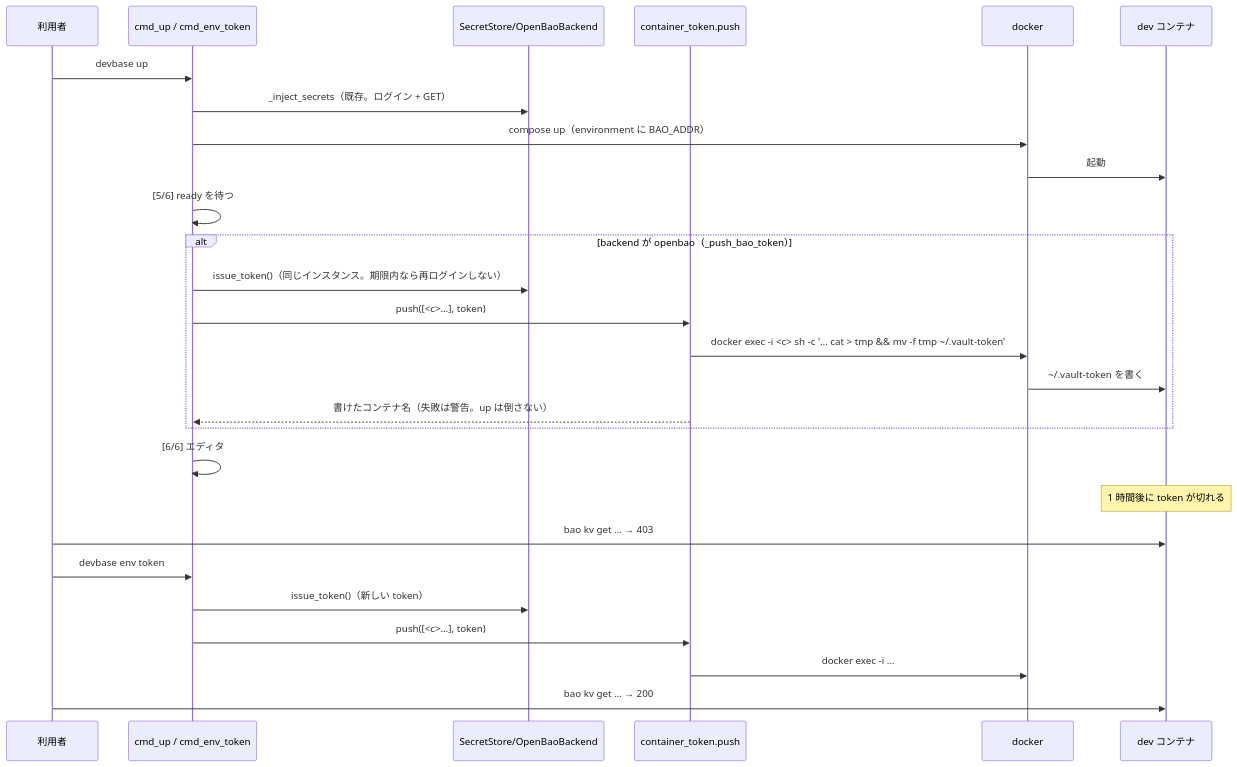
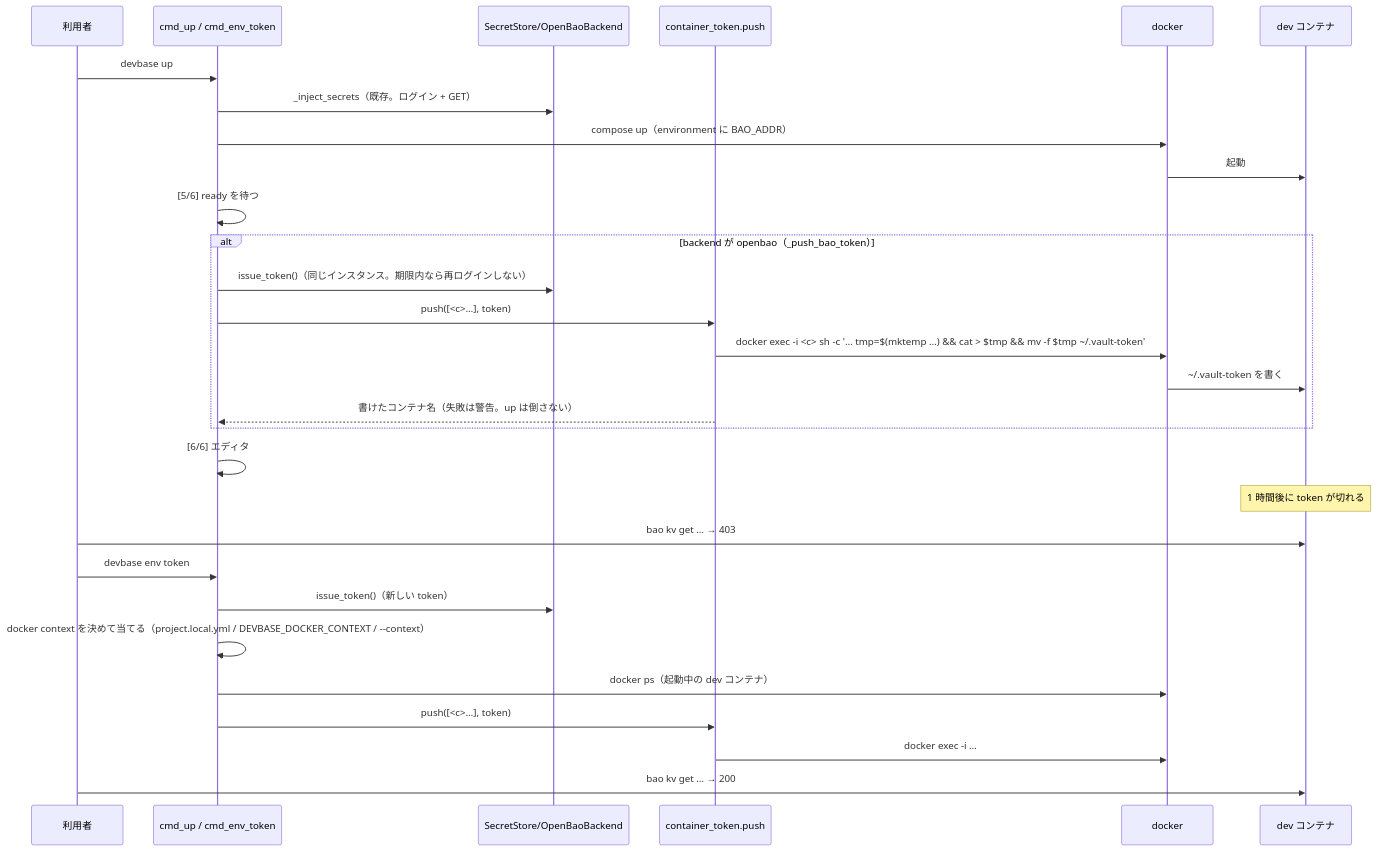
The third of 3 diagrams in issues/PLAN54_bao-in-container-design.md (devbasex/devbase), drawn with Mermaid before and after one commit. The commit also changed other lines of this file, not shown here.

First line of the commit message:
docs(PLAN54): round 2 のレビュー指摘に対応（mktemp の一時ファイル、env token の docker context 解決、Dockerfile の本数）

````diff
--- a/issues/PLAN54_bao-in-container-design.md
+++ b/issues/PLAN54_bao-in-container-design.md
@@ -181,29 +200,31 @@
 ```mermaid
 sequenceDiagram
     participant U as 利用者
     participant UP as cmd_up / cmd_env_token
     participant ST as SecretStore/OpenBaoBackend
     participant P as container_token.push
     participant D as docker
     participant C as dev コンテナ
     U->>UP: devbase up
     UP->>ST: _inject_secrets（既存。ログイン + GET）
     UP->>D: compose up（environment に BAO_ADDR）
     D->>C: 起動
     UP->>UP: [5/6] ready を待つ
     alt backend が openbao（_push_bao_token）
         UP->>ST: issue_token()（同じインスタンス。期限内なら再ログインしない）
         UP->>P: push([<c>…], token)
-        P->>D: docker exec -i <c> sh -c '… cat > tmp && mv -f tmp ~/.vault-token'
+        P->>D: docker exec -i <c> sh -c '… tmp=$(mktemp …) && cat > $tmp && mv -f $tmp ~/.vault-token'
         D->>C: ~/.vault-token を書く
         P-->>UP: 書けたコンテナ名（失敗は警告。up は倒さない）
     end
     UP->>UP: [6/6] エディタ
     Note over C: 1 時間後に token が切れる
     U->>C: bao kv get … → 403
     U->>UP: devbase env token
     UP->>ST: issue_token()（新しい token）
+    UP->>UP: docker context を決めて当てる（project.local.yml / DEVBASE_DOCKER_CONTEXT / --context）
+    UP->>D: docker ps（起動中の dev コンテナ）
     UP->>P: push([<c>…], token)
     P->>D: docker exec -i …
     U->>C: bao kv get … → 200
 ```
````
